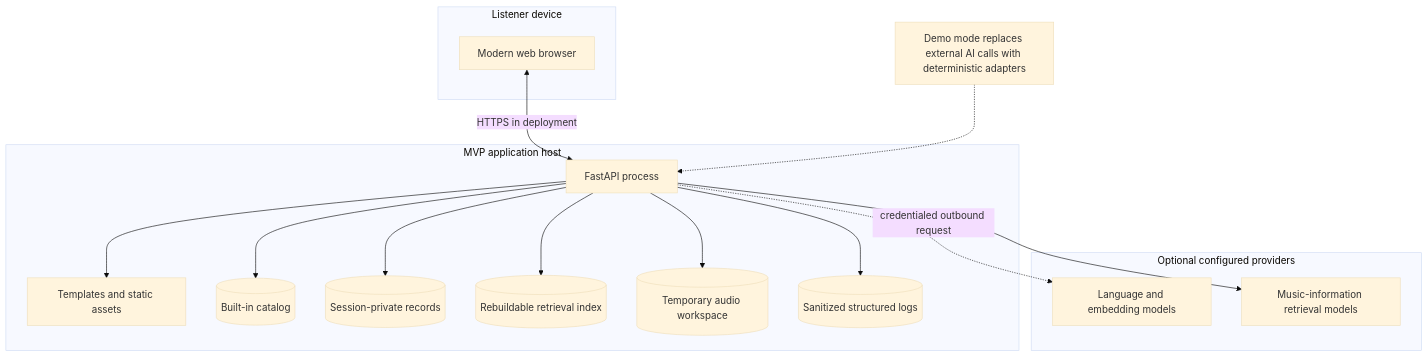
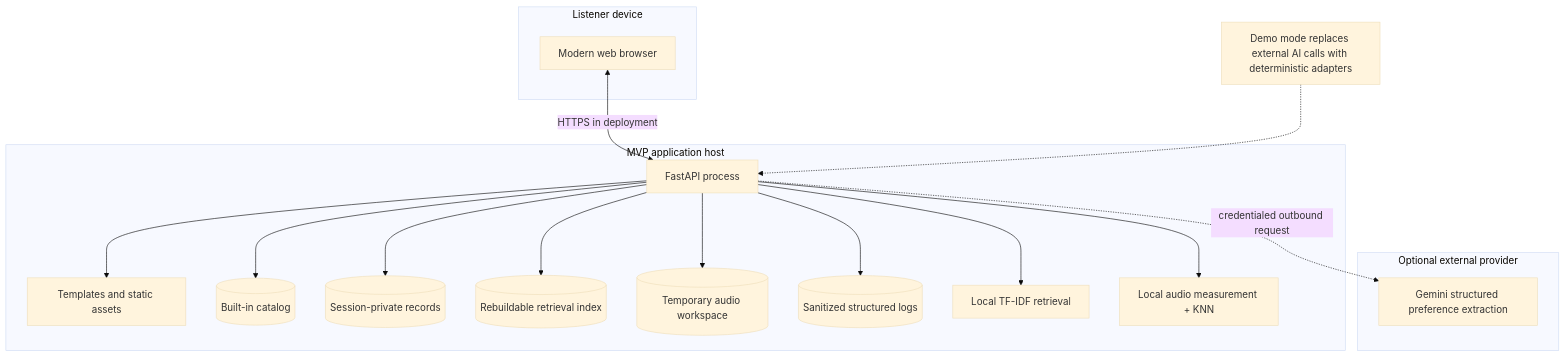
One commit to ttp0513/ai110-module5show-applied-ai-system-project changed the diagram in diagrams/deployment.mmd. Above: the diagram before and after it, drawn with Mermaid (base theme). The commit also changed 11 other files, not shown here.

```diff
--- a/diagrams/deployment.mmd
+++ b/diagrams/deployment.mmd
@@ -1,32 +1,34 @@
 flowchart TB
     subgraph Device["Listener device"]
         BROWSER["Modern web browser"]
     end
 
     subgraph Host["MVP application host"]
         APP["FastAPI process"]
         STATIC["Templates and static assets"]
         CATALOG[("Built-in catalog")]
         PRIVATE[("Session-private records")]
         INDEX[("Rebuildable retrieval index")]
         TEMP[("Temporary audio workspace")]
         LOGS[("Sanitized structured logs")]
+        RETRIEVAL["Local TF-IDF retrieval"]
+        MIR["Local audio measurement + KNN"]
     end
 
-    subgraph Providers["Optional configured providers"]
-        LLM["Language and embedding models"]
-        MIR["Music-information retrieval models"]
+    subgraph Providers["Optional external provider"]
+        GEMINI["Gemini structured preference extraction"]
     end
 
     BROWSER <-->|"HTTPS in deployment"| APP
     APP --> STATIC
     APP --> CATALOG
     APP --> PRIVATE
     APP --> INDEX
     APP --> TEMP
     APP --> LOGS
-    APP -.->|"credentialed outbound request"| LLM
+    APP --> RETRIEVAL
     APP --> MIR
+    APP -.->|"credentialed outbound request"| GEMINI
 
     NOTE["Demo mode replaces external AI calls with deterministic adapters"]
     NOTE -.-> APP
```
